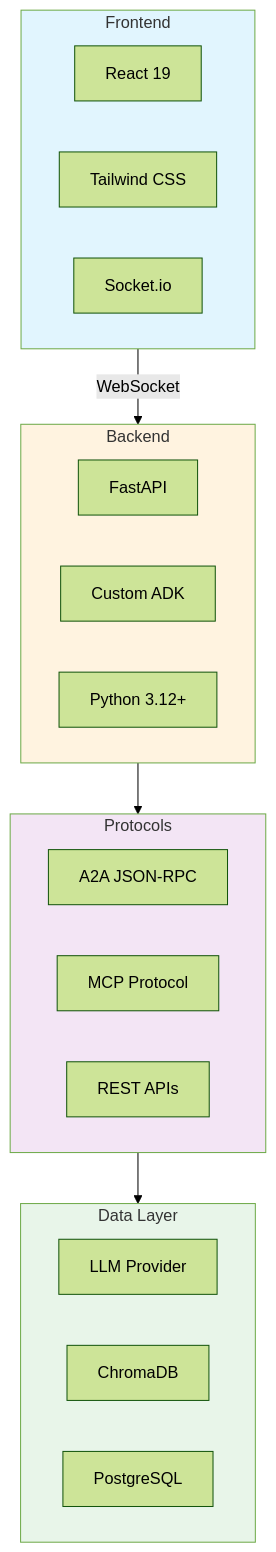
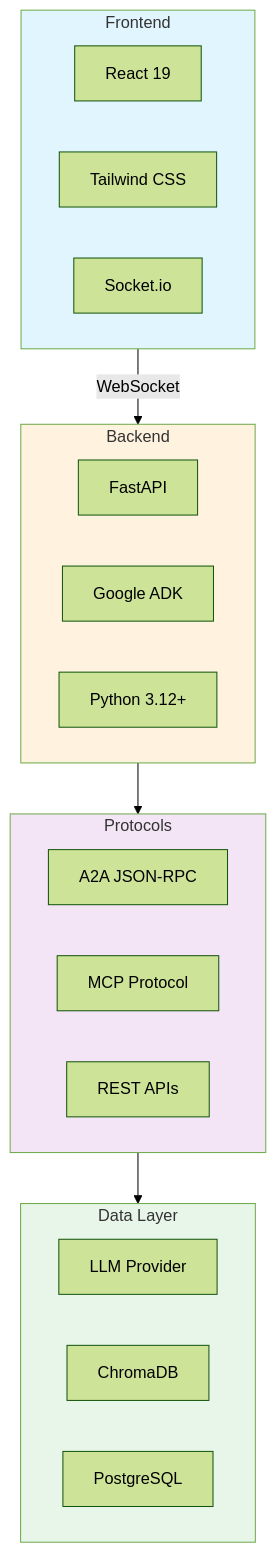
Before and after one commit to sudhamanc/ConversationalSalesAgent: the seventh of 8 diagrams in README.md, drawn with Mermaid (forest theme). The commit also changed other lines of this file, not shown here.

````diff
--- a/README.md
+++ b/README.md
@@ -496,35 +620,35 @@
 ```mermaid
 graph TB
     subgraph FE[Frontend]
         React[React 19]
         Tailwind[Tailwind CSS]
         Socket[Socket.io]
     end
     
     subgraph BE[Backend]
         FastAPI[FastAPI]
-        ADK[Custom ADK]
+        ADK[Google ADK]
         Python[Python 3.12+]
     end
     
     subgraph PROTO[Protocols]
         A2A[A2A JSON-RPC]
         MCP[MCP Protocol]
         REST[REST APIs]
     end
     
     subgraph DATA[Data Layer]
         LLM[LLM Provider]
         Chroma[ChromaDB]
         PG[PostgreSQL]
     end
     
     FE -->|WebSocket| BE
     BE --> PROTO
     PROTO --> DATA
 
     style FE fill:#e1f5fe
     style BE fill:#fff3e0
     style PROTO fill:#f3e5f5
     style DATA fill:#e8f5e9
 ```
````
